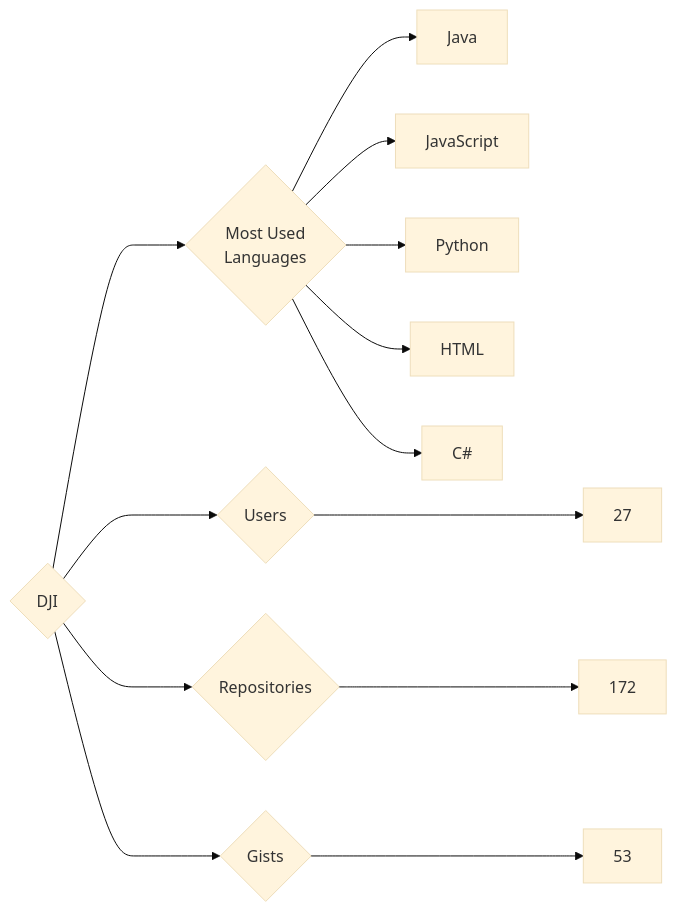
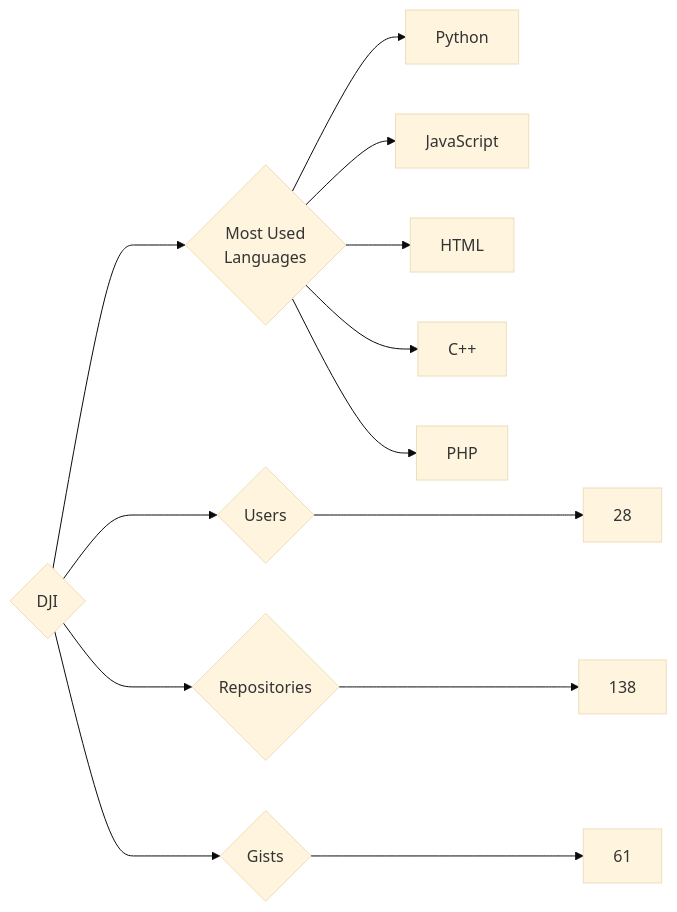
One commit to trickest/insiders changed the diagram in targets/DJI/README.md. Above: the diagram before and after it, drawn with Mermaid (base theme). The commit also changed 772 other files, not shown here.

````diff
--- a/targets/DJI/README.md
+++ b/targets/DJI/README.md
@@ -3,13 +3,13 @@
 ```mermaid
 graph LR
 COMPANY_NAME{DJI}
-COMPANY_NAME ---> U{Users} ---> UN[27]
-COMPANY_NAME ---> R{Repositories} ---> RN[172]
-COMPANY_NAME ---> G{Gists} ---> GN[53]
+COMPANY_NAME ---> U{Users} ---> UN[28]
+COMPANY_NAME ---> R{Repositories} ---> RN[138]
+COMPANY_NAME ---> G{Gists} ---> GN[61]
 COMPANY_NAME ---> ML{Most Used<br>Languages}
-ML --> Java[Java]
+ML --> Python[Python]
 ML --> JavaScript[JavaScript]
-ML --> Python[Python]
 ML --> HTML[HTML]
-ML --> C#[C#]
+ML --> C++[C++]
+ML --> PHP[PHP]
 ```
````
